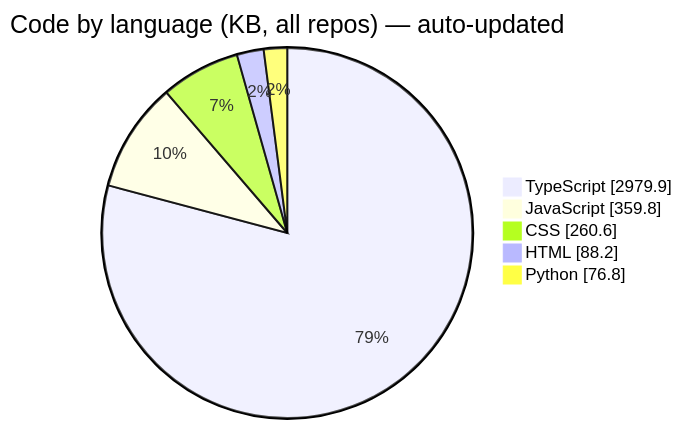
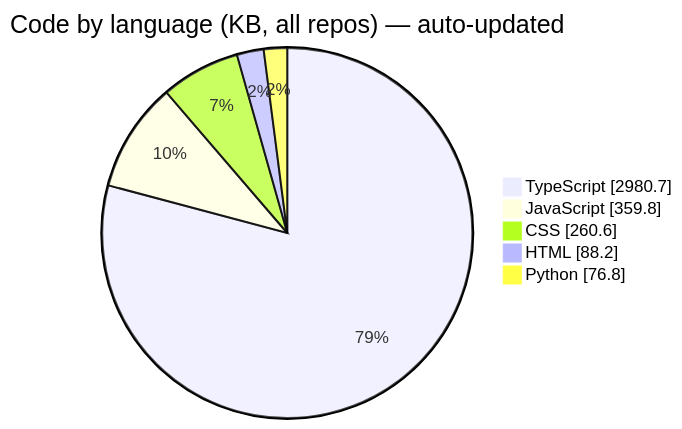
Before and after one commit to Manashjyoti-Bora/Manashjyoti-Bora: the third of 6 diagrams in README.md, drawn with Mermaid. The commit also changed other lines of this file and 2 other files, not shown here.

````diff
--- a/README.md
+++ b/README.md
@@ -196,9 +196,9 @@
 ```mermaid
 pie showData
     title Code by language (KB, all repos) — auto-updated
-    "TypeScript" : 2979.9
+    "TypeScript" : 2980.7
     "JavaScript" : 359.8
     "CSS" : 260.6
     "HTML" : 88.2
     "Python" : 76.8
 ```
````
